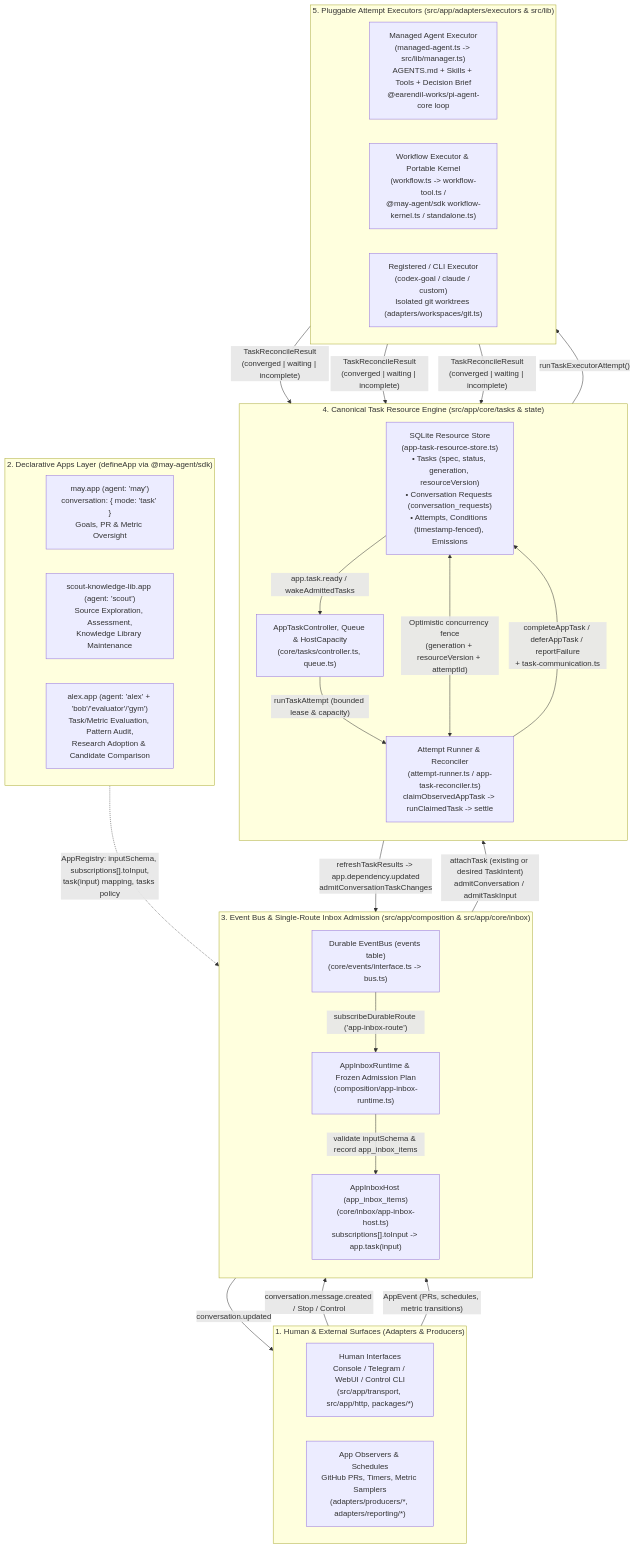
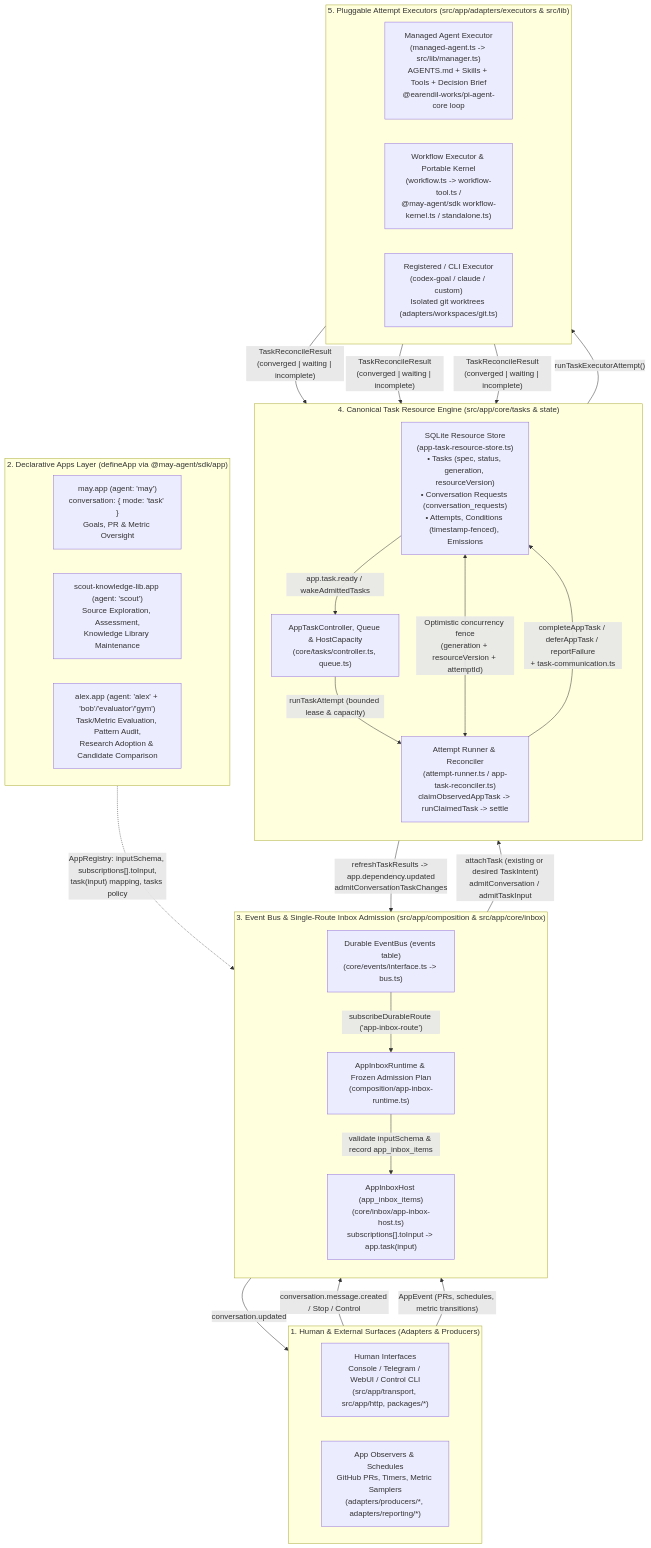
The diagram in projects/alex.app/docs/2a-design/architecture.md (hao1939/may-agent), drawn with Mermaid before and after one commit. The commit also changed other lines of this file and 24 other files, not shown here.

````diff
--- a/projects/alex.app/docs/2a-design/architecture.md
+++ b/projects/alex.app/docs/2a-design/architecture.md
@@ -82,57 +84,57 @@
 ```mermaid
 flowchart TB
     %% 1. Human & External Surfaces
     subgraph Surfaces["1. Human & External Surfaces (Adapters & Producers)"]
         direction LR
         UI["Human Interfaces<br/>Console / Telegram / WebUI / Control CLI<br/>(src/app/transport, src/app/http, packages/*)"]
         Obs["App Observers & Schedules<br/>GitHub PRs, Timers, Metric Samplers<br/>(adapters/producers/*, adapters/reporting/*)"]
     end
 
     %% 2. App Declarations Layer
-    subgraph Apps["2. Declarative Apps Layer (defineApp via @may-agent/sdk)"]
+    subgraph Apps["2. Declarative Apps Layer (defineApp via @may-agent/sdk/app)"]
         direction LR
         MayApp["may.app (agent: 'may')<br/>conversation: { mode: 'task' }<br/>Goals, PR & Metric Oversight"]
         ScoutApp["scout-knowledge-lib.app (agent: 'scout')<br/>Source Exploration, Assessment,<br/>Knowledge Library Maintenance"]
         AlexApp["alex.app (agent: 'alex' + 'bob'/'evaluator'/'gym')<br/>Task/Metric Evaluation, Pattern Audit,<br/>Research Adoption & Candidate Comparison"]
     end
 
     %% 3. Admission & Routing Layer
     subgraph Admission["3. Event Bus & Single-Route Inbox Admission (src/app/composition & src/app/core/inbox)"]
         direction TB
         EventBus["Durable EventBus (events table)<br/>(core/events/interface.ts -> bus.ts)"]
         InboxRuntime["AppInboxRuntime & Frozen Admission Plan<br/>(composition/app-inbox-runtime.ts)"]
         InboxHost["AppInboxHost (app_inbox_items)<br/>(core/inbox/app-inbox-host.ts)<br/>subscriptions[].toInput -> app.task(input)"]
     end
 
     %% 4. Canonical Resource & State Engine
     subgraph Engine["4. Canonical Task Resource Engine (src/app/core/tasks & state)"]
         direction TB
         Store["SQLite Resource Store<br/>(app-task-resource-store.ts)<br/>• Tasks (spec, status, generation, resourceVersion)<br/>• Conversation Requests (conversation_requests)<br/>• Attempts, Conditions (timestamp-fenced), Emissions"]
         Controller["AppTaskController, Queue & HostCapacity<br/>(core/tasks/controller.ts, queue.ts)"]
         Runner["Attempt Runner & Reconciler<br/>(attempt-runner.ts / app-task-reconciler.ts)<br/>claimObservedAppTask -> runClaimedTask -> settle"]
     end
 
     %% 5. Bounded Execution Backends
     subgraph Executors["5. Pluggable Attempt Executors (src/app/adapters/executors & src/lib)"]
         direction LR
         ManagedAgent["Managed Agent Executor<br/>(managed-agent.ts -> src/lib/manager.ts)<br/>AGENTS.md + Skills + Tools + Decision Brief<br/>@earendil-works/pi-agent-core loop"]
         WorkflowExec["Workflow Executor & Portable Kernel<br/>(workflow.ts -> workflow-tool.ts /<br/>@may-agent/sdk workflow-kernel.ts / standalone.ts)"]
         NativeExec["Registered / CLI Executor<br/>(codex-goal / claude / custom)<br/>Isolated git worktrees (adapters/workspaces/git.ts)"]
     end
 
     %% Relations
     UI -->|"conversation.message.created / Stop / Control"| EventBus
     Obs -->|"AppEvent (PRs, schedules, metric transitions)"| EventBus
     EventBus -->|"subscribeDurableRoute ('app-inbox-route')"| InboxRuntime
     Apps -.->|"AppRegistry: inputSchema, subscriptions[].toInput,<br/>task(input) mapping, tasks policy"| InboxRuntime
     InboxRuntime -->|"validate inputSchema & record app_inbox_items"| InboxHost
     InboxHost -->|"attachTask (existing or desired TaskIntent)<br/>admitConversation / admitTaskInput"| Store
     Store -->|"app.task.ready / wakeAdmittedTasks"| Controller
     Controller -->|"runTaskAttempt (bounded lease & capacity)"| Runner
     Runner <-->|"Optimistic concurrency fence<br/>(generation + resourceVersion + attemptId)"| Store
     Runner -->|"runTaskExecutorAttempt()"| Executors
     ManagedAgent & WorkflowExec & NativeExec -->|"TaskReconcileResult<br/>(converged | waiting | incomplete)"| Runner
     Runner -->|"completeAppTask / deferAppTask / reportFailure<br/>+ task-communication.ts"| Store
     Store -->|"refreshTaskResults -> app.dependency.updated<br/>admitConversationTaskChanges"| InboxRuntime
     InboxRuntime -->|"conversation.updated"| UI
 ```
````
